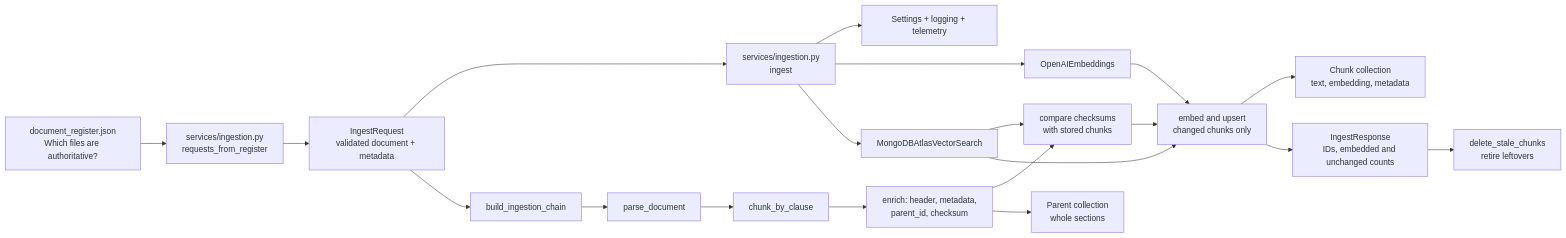
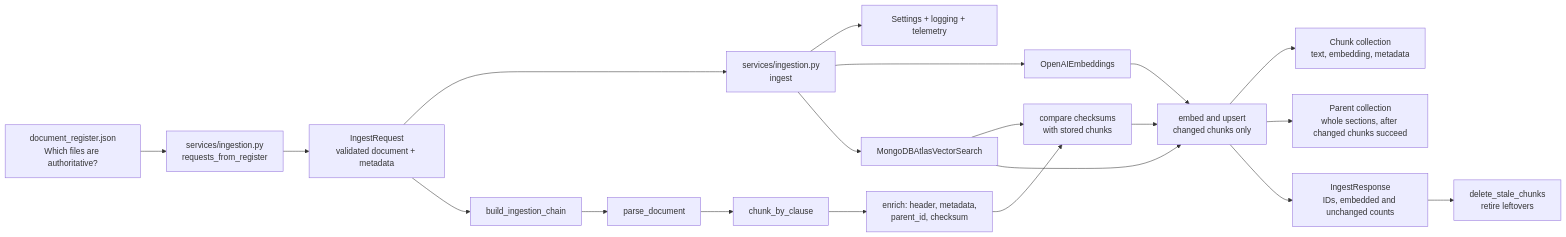
Before and after one commit to bharathk5678/NexaAssist: the first of 5 diagrams in APP_COMPONENT_GUIDE.md, drawn with Mermaid. The commit also changed other lines of this file and 124 other files, not shown here.

````diff
--- a/APP_COMPONENT_GUIDE.md
+++ b/APP_COMPONENT_GUIDE.md
@@ -28,22 +68,22 @@
 ```mermaid
 flowchart LR
     A[document_register.json\nWhich files are authoritative?] --> B[services/ingestion.py\nrequests_from_register]
     B --> C[IngestRequest\nvalidated document + metadata]
     C --> D[services/ingestion.py\ningest]
     D --> E[Settings + logging + telemetry]
     D --> F[OpenAIEmbeddings]
     D --> G[MongoDBAtlasVectorSearch]
     C --> H[build_ingestion_chain]
     H --> I[parse_document]
     I --> J[chunk_by_clause]
     J --> K[enrich: header, metadata,\nparent_id, checksum]
     K --> Q[compare checksums\nwith stored chunks]
     Q --> L[embed and upsert\nchanged chunks only]
     F --> L
     G --> Q
     G --> L
     L --> M[Chunk collection\ntext, embedding, metadata]
-    K --> P[Parent collection\nwhole sections]
+    L --> P[Parent collection\nwhole sections, after changed chunks succeed]
     L --> N[IngestResponse\nIDs, embedded and unchanged counts]
     N --> R[delete_stale_chunks\nretire leftovers]
 ```
````
